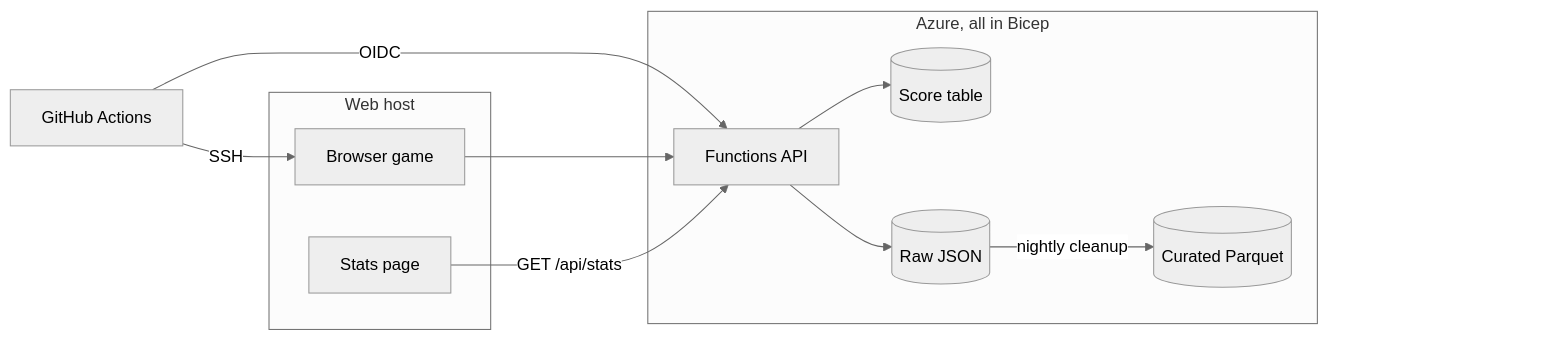
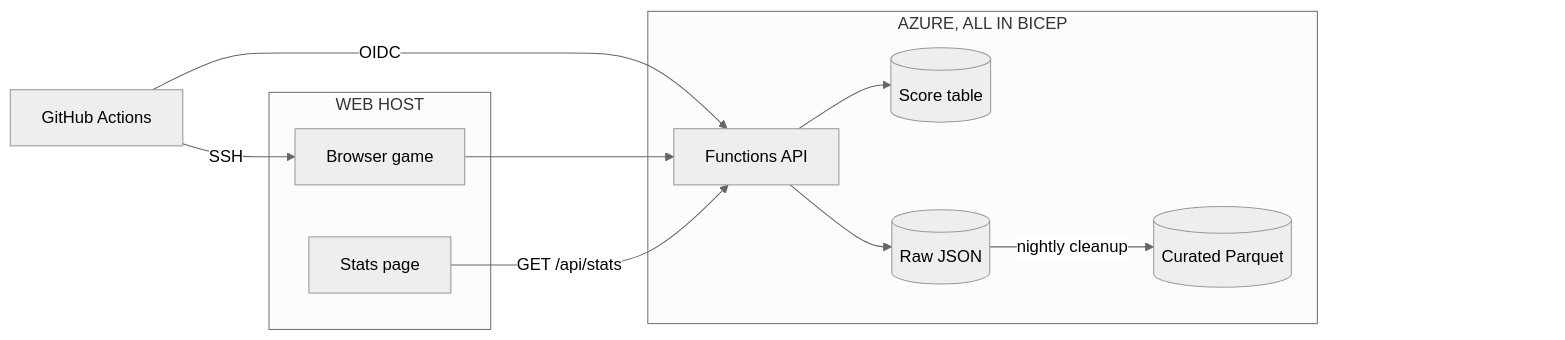
One commit to Gerlitek/zombiet-peli changed the diagram in README.md. Above: the diagram before and after it, drawn with Mermaid (neutral theme).

Commit message:
Write the environment titles in capitals

````diff
--- a/README.md
+++ b/README.md
@@ -14,21 +14,21 @@
 ```mermaid
 flowchart LR
     GH["GitHub Actions"]
-    subgraph Web["Web host"]
+    subgraph Web["WEB HOST"]
         Game["Browser game"]
         Dash["Stats page"]
     end
-    subgraph Azure["Azure, all in Bicep"]
+    subgraph Azure["AZURE, ALL IN BICEP"]
         API["Functions API"] --> Scores[("Score table")]
         API --> Raw[("Raw JSON")]
         Raw -->|"nightly cleanup"| Cur[("Curated Parquet")]
     end
     GH -->|"SSH"| Game
     GH -->|"OIDC"| API
     Game --> API
     Dash -->|"GET /api/stats"| API
     %% Invisible spacer: keeps the right edge free for GitHub's zoom buttons
     Cur ~~~ Space["Curated Parquet"]
     classDef hidden fill:none,stroke:none,color:transparent
     class Space hidden
 ```
````
